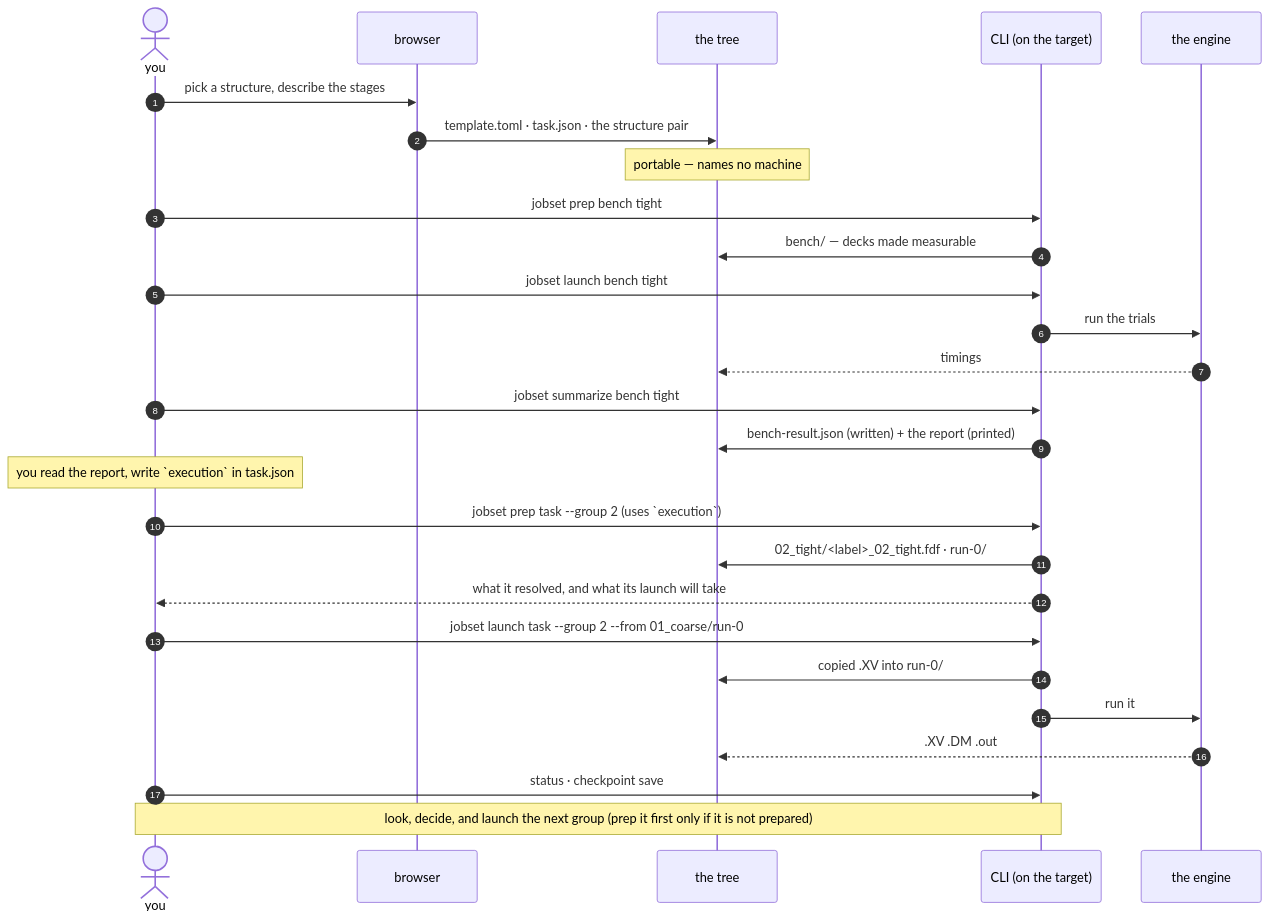
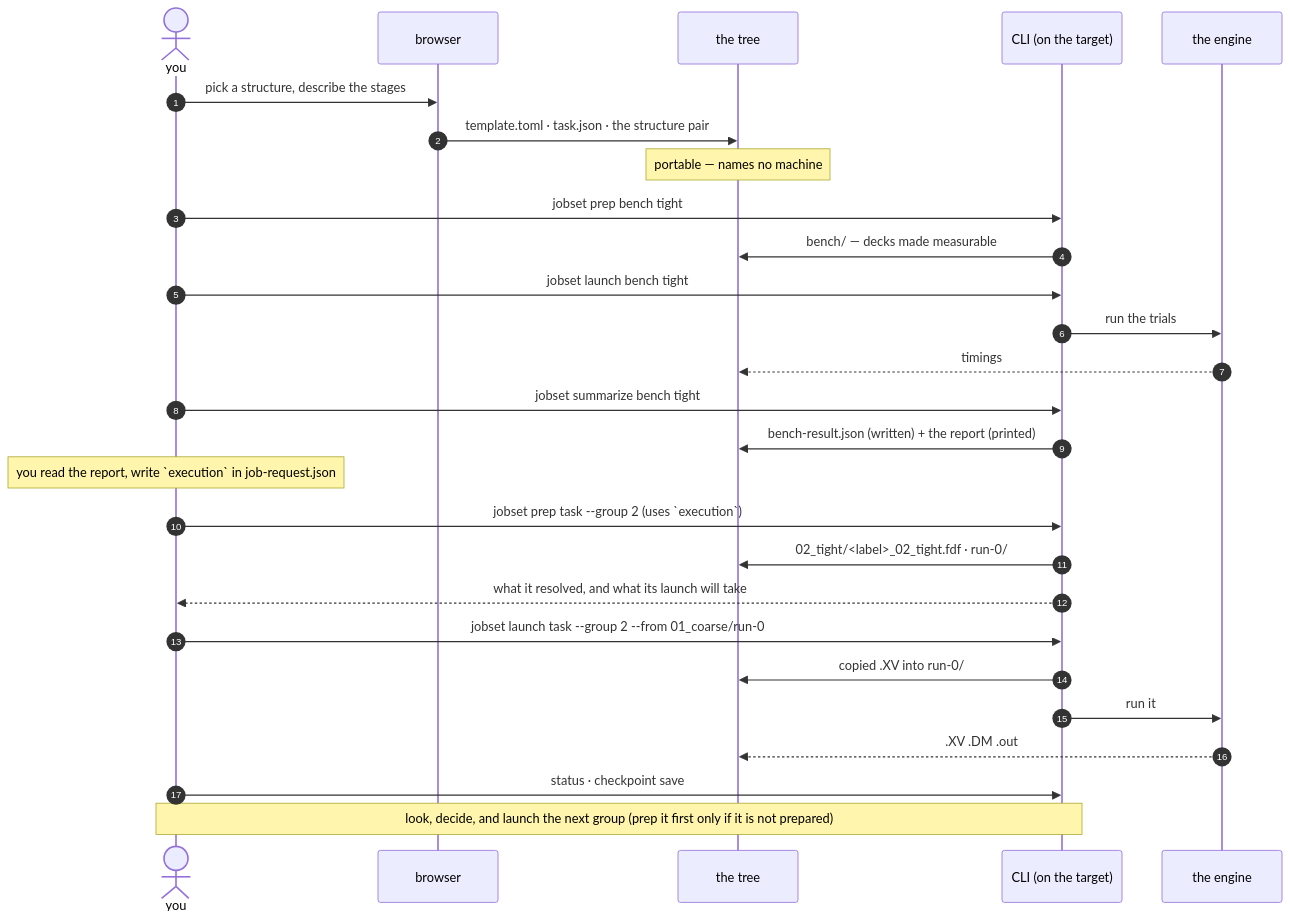
Before and after one commit to Qing-LAB/molbuilder: the ninth of 10 diagrams in docs/execution/project-layout.md, drawn with Mermaid. The commit also changed other lines of this file and 196 other files, not shown here.

````diff
--- a/docs/execution/project-layout.md
+++ b/docs/execution/project-layout.md
@@ -1910,34 +1927,34 @@
 ```mermaid
 sequenceDiagram
     autonumber
     actor U as you
     participant B as browser
     participant T as the tree
     participant C as CLI (on the target)
     participant E as the engine
 
     U->>B: pick a structure, describe the stages
     B->>T: template.toml · task.json · the structure pair
     Note over T: portable — names no machine
 
     U->>C: jobset prep bench tight
     C->>T: bench/ — decks made measurable
     U->>C: jobset launch bench tight
     C->>E: run the trials
     E-->>T: timings
     U->>C: jobset summarize bench tight
     C->>T: bench-result.json (written) + the report (printed)
 
-    Note over U: you read the report, write `execution` in task.json
+    Note over U: you read the report, write `execution` in job-request.json
 
     U->>C: jobset prep task --group 2 (uses `execution`)
     C->>T: 02_tight/<label>_02_tight.fdf · run-0/
     C-->>U: what it resolved, and what its launch will take
     U->>C: jobset launch task --group 2 --from 01_coarse/run-0
     C->>T: copied .XV into run-0/
     C->>E: run it
     E-->>T: .XV .DM .out
 
     U->>C: status · checkpoint save
     Note over U,C: look, decide, and launch the next group (prep it first only if it is not prepared)
 ```
````
